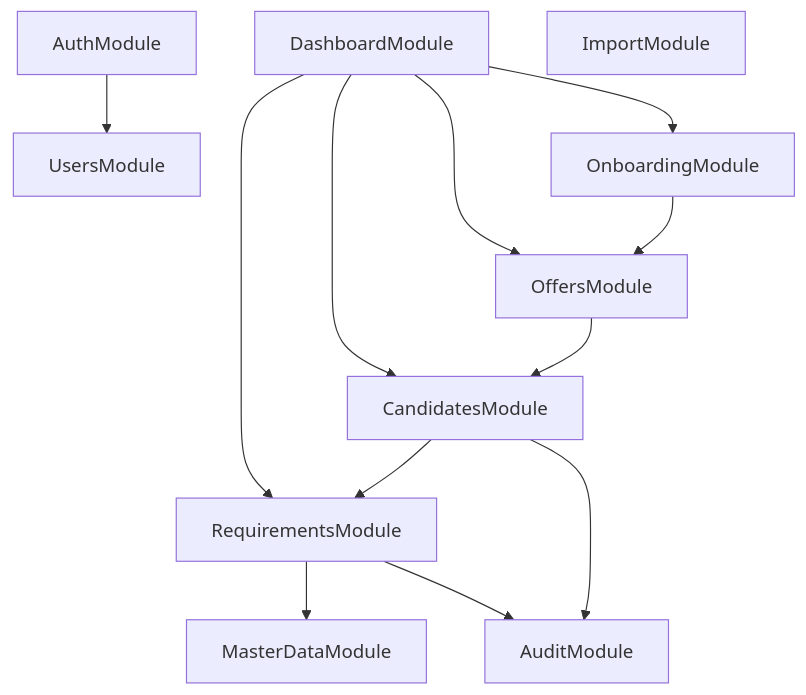
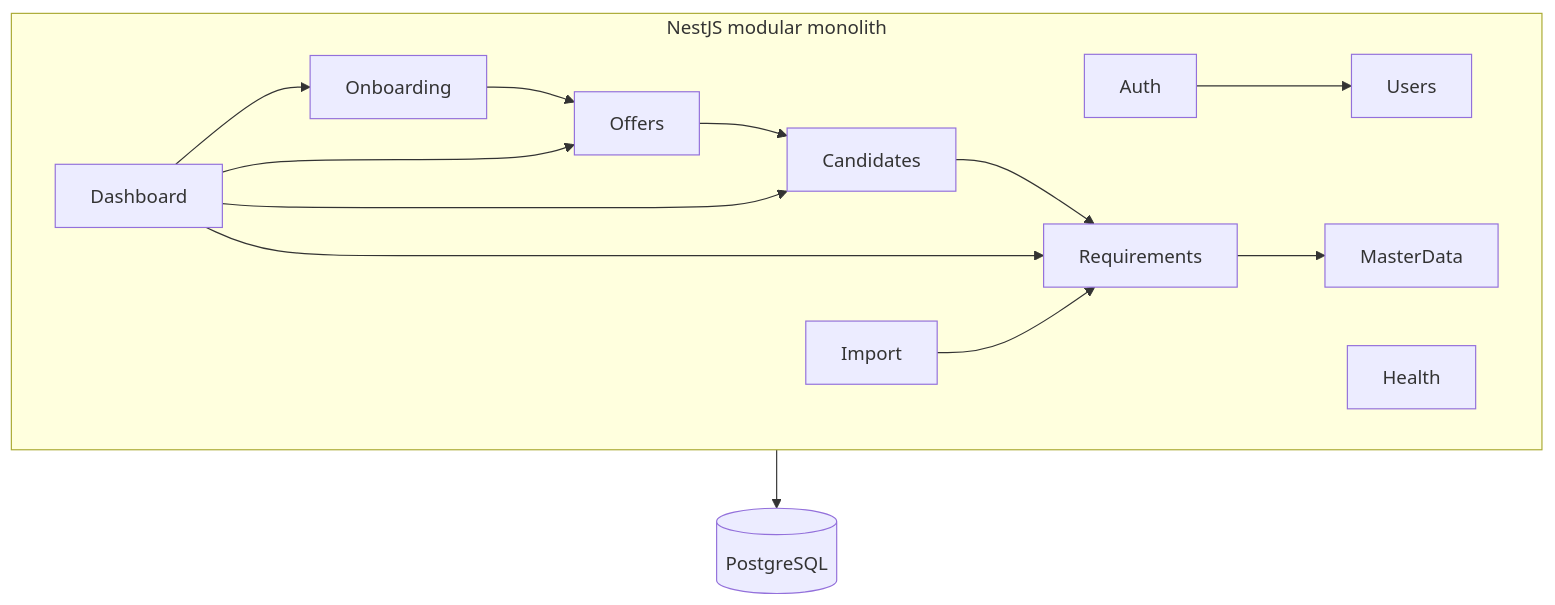
Before and after one commit to Ananyabal1234/SST_v1_monorepo: the third of 3 diagrams in docs/06-system-design/C4_MODEL.md, drawn with Mermaid. The commit also changed other lines of this file and 43 other files, not shown here.

````diff
--- a/docs/06-system-design/C4_MODEL.md
+++ b/docs/06-system-design/C4_MODEL.md
@@ -63,24 +95,28 @@
 ```mermaid
 flowchart TB
-  AuthMod[AuthModule]
-  UserMod[UsersModule]
-  MD[MasterDataModule]
-  Req[RequirementsModule]
-  Can[CandidatesModule]
-  Off[OffersModule]
-  Onb[OnboardingModule]
-  Dash[DashboardModule]
-  Aud[AuditModule]
-  Imp[ImportModule]
-  AuthMod --> UserMod
+  subgraph domain [NestJS modular monolith]
+    Auth[Auth]
+    Users[Users]
+    MD[MasterData]
+    Req[Requirements]
+    Can[Candidates]
+    Off[Offers]
+    Onb[Onboarding]
+    Dash[Dashboard]
+    Imp[Import]
+    Health[Health]
+  end
+
+  PG[(PostgreSQL)]
+  Auth --> Users
   Req --> MD
   Can --> Req
   Off --> Can
   Onb --> Off
   Dash --> Req
   Dash --> Can
   Dash --> Off
   Dash --> Onb
-  Req --> Aud
-  Can --> Aud
+  Imp --> Req
+  domain --> PG
 ```
````
